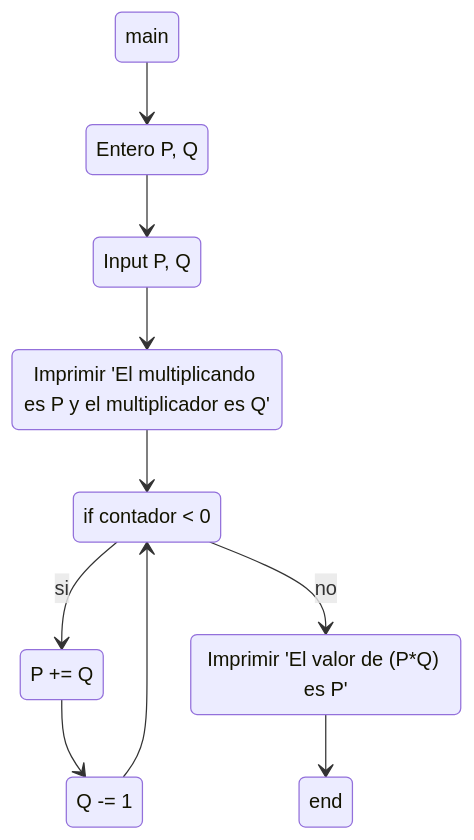
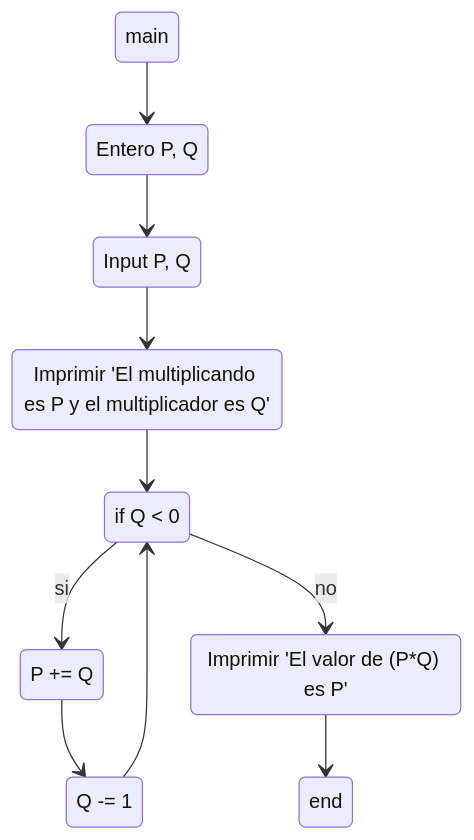
One commit to ValentinJM/TP-8 changed the diagram in Ejercicios/13.md. Above: the diagram before and after it, drawn with Mermaid.

````diff
--- a/Ejercicios/13.md
+++ b/Ejercicios/13.md
@@ -1,19 +1,19 @@
 ```mermaid
 stateDiagram-v2
 state "Entero P, Q" as def
 state "Input P, Q" as var
 state "Imprimir 'El multiplicando es P y el multiplicador es Q'" as print1
-state "if contador < 0" as cond
+state "if Q < 0" as cond
 state "P += Q" as multi
 state "Q -= 1" as cont
 state "Imprimir 'El valor de (P*Q) es P'" as resul
     main --> def
     def --> var
     var --> print1
     print1 --> cond
     cond --> multi : si
     multi --> cont
     cont --> cond
     cond --> resul : no
     resul --> end
 ```
````
